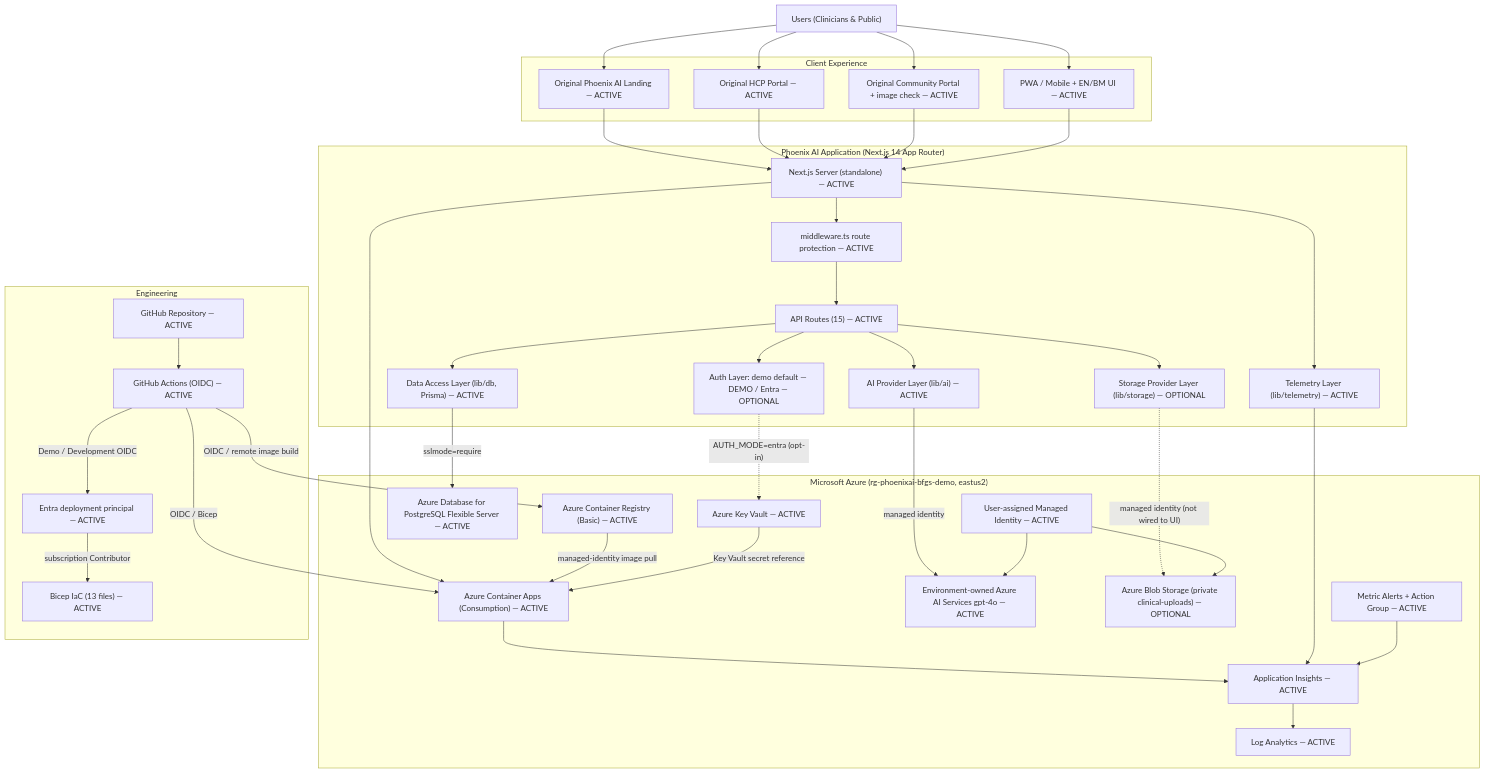
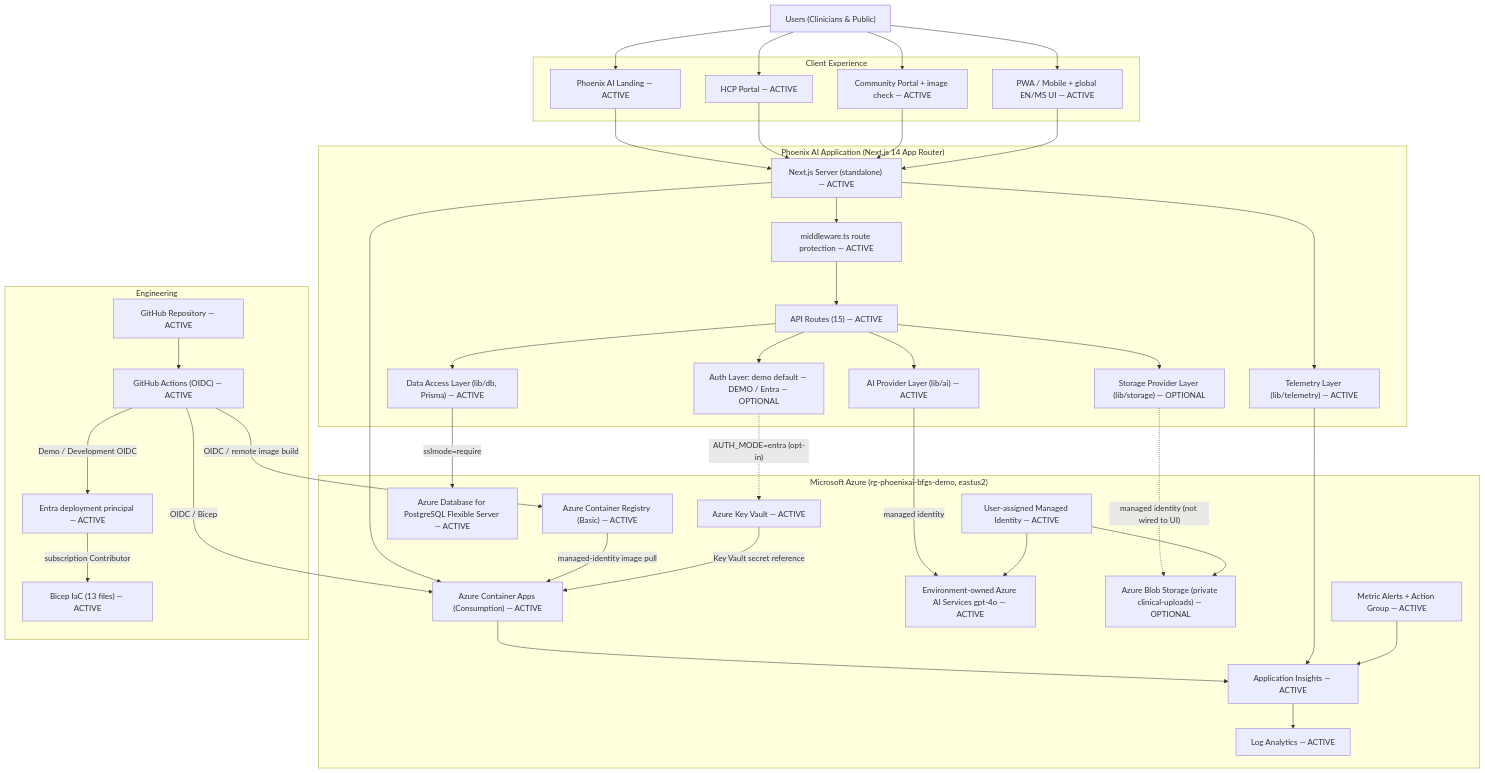
Before and after one commit to polyfuze4336-bot/phoenix-ai-azure: the diagram in docs/architecture/current-architecture.md, drawn with Mermaid. The commit also changed other lines of this file and 130 other files, not shown here.

````diff
--- a/docs/architecture/current-architecture.md
+++ b/docs/architecture/current-architecture.md
@@ -55,81 +55,81 @@
 ```mermaid
 flowchart TB
     Users["Users (Clinicians & Public)"]
 
     subgraph CLIENT["Client Experience"]
-        Landing["Original Phoenix AI Landing — ACTIVE"]
-        HCP["Original HCP Portal — ACTIVE"]
-        Community["Original Community Portal + image check — ACTIVE"]
-        PWA["PWA / Mobile + EN/BM UI — ACTIVE"]
+        Landing["Phoenix AI Landing — ACTIVE"]
+        HCP["HCP Portal — ACTIVE"]
+        Community["Community Portal + image check — ACTIVE"]
+        PWA["PWA / Mobile + global EN/MS UI — ACTIVE"]
     end
 
     subgraph APP["Phoenix AI Application (Next.js 14 App Router)"]
         Next["Next.js Server (standalone) — ACTIVE"]
         MW["middleware.ts route protection — ACTIVE"]
         API["API Routes (15) — ACTIVE"]
         Auth["Auth Layer: demo default — DEMO / Entra — OPTIONAL"]
         AIProvider["AI Provider Layer (lib/ai) — ACTIVE"]
         Data["Data Access Layer (lib/db, Prisma) — ACTIVE"]
         Storage["Storage Provider Layer (lib/storage) — OPTIONAL"]
         Telemetry["Telemetry Layer (lib/telemetry) — ACTIVE"]
     end
 
     subgraph AZURE["Microsoft Azure (rg-phoenixai-bfgs-demo, eastus2)"]
         ContainerApp["Azure Container Apps (Consumption) — ACTIVE"]
         ACR["Azure Container Registry (Basic) — ACTIVE"]
         Foundry["Environment-owned Azure AI Services gpt-4o — ACTIVE"]
         PostgreSQL["Azure Database for PostgreSQL Flexible Server — ACTIVE"]
         Blob["Azure Blob Storage (private clinical-uploads) — OPTIONAL"]
         KV["Azure Key Vault — ACTIVE"]
         MI["User-assigned Managed Identity — ACTIVE"]
         Insights["Application Insights — ACTIVE"]
         Logs["Log Analytics — ACTIVE"]
         Alerts["Metric Alerts + Action Group — ACTIVE"]
     end
 
     subgraph DEVOPS["Engineering"]
         GitHub["GitHub Repository — ACTIVE"]
         Actions["GitHub Actions (OIDC) — ACTIVE"]
         DeployIdentity["Entra deployment principal — ACTIVE"]
         Bicep["Bicep IaC (13 files) — ACTIVE"]
     end
 
     Users --> Landing
     Users --> HCP
     Users --> Community
     Users --> PWA
 
     Landing --> Next
     HCP --> Next
     Community --> Next
     PWA --> Next
 
     Next --> MW
     MW --> API
     API --> Auth
     API --> AIProvider
     API --> Data
     API --> Storage
     Next --> Telemetry
 
     AIProvider -->|"managed identity"| Foundry
     Data -->|"sslmode=require"| PostgreSQL
     Storage -.->|"managed identity (not wired to UI)"| Blob
     Auth -.->|"AUTH_MODE=entra (opt-in)"| KV
 
     Next --> ContainerApp
     ACR -->|"managed-identity image pull"| ContainerApp
     ContainerApp --> Insights
     Telemetry --> Insights
     Insights --> Logs
     Alerts --> Insights
     KV -->|"Key Vault secret reference"| ContainerApp
     MI --> Foundry
     MI --> Blob
 
     GitHub --> Actions
     Actions -->|"Demo / Development OIDC"| DeployIdentity
     DeployIdentity -->|"subscription Contributor"| Bicep
     Actions -->|"OIDC / remote image build"| ACR
     Actions -->|"OIDC / Bicep"| ContainerApp
 ```
````
